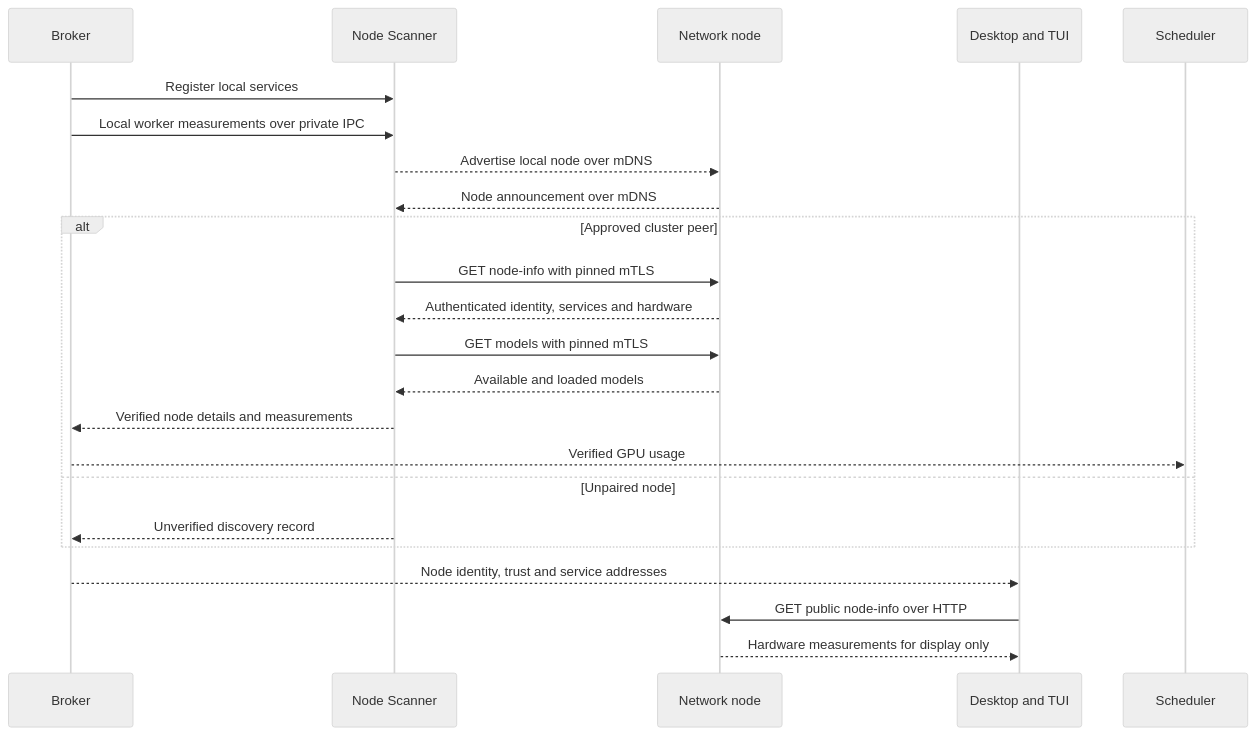
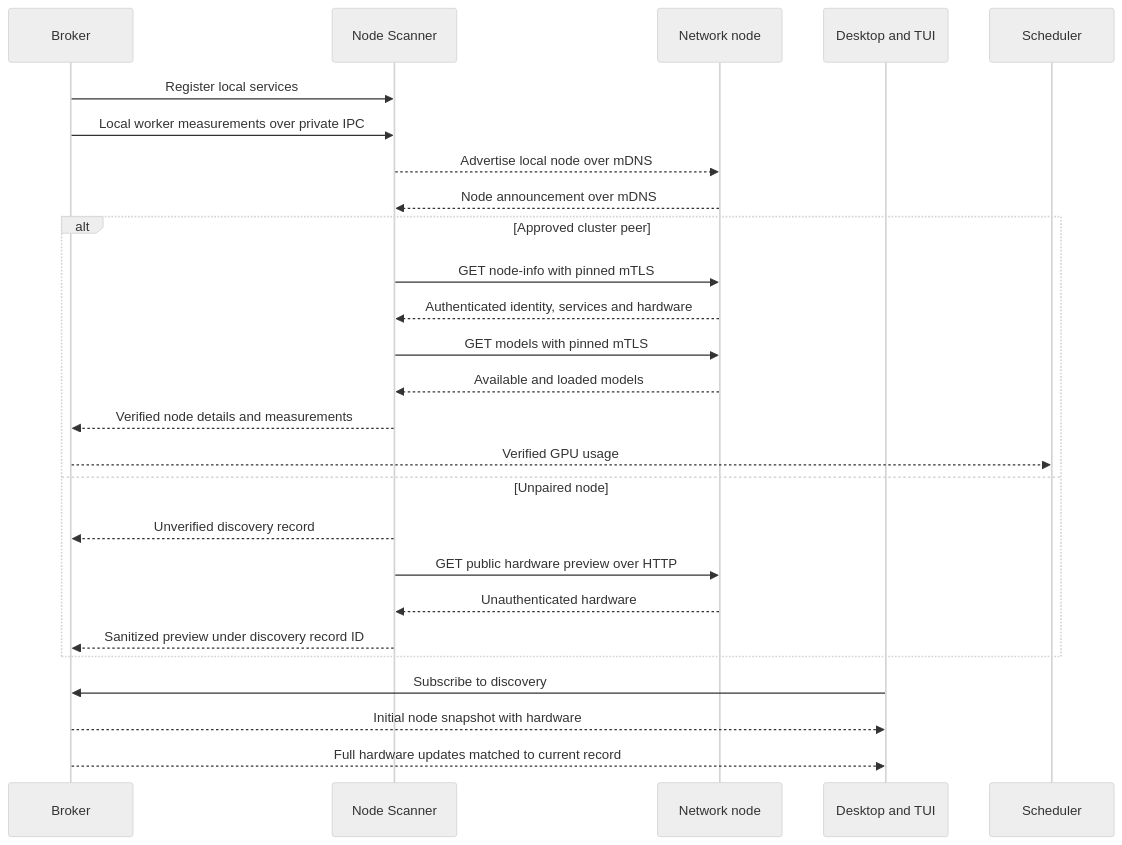
One commit to NVIDIA/Personal-AI-Router changed the diagram in services/nvpair-node-scanner/spec.md. Above: the diagram before and after it, drawn with Mermaid (neutral theme). The commit also changed other lines of this file and 68 other files, not shown here.

````diff
--- a/services/nvpair-node-scanner/spec.md
+++ b/services/nvpair-node-scanner/spec.md
@@ -544,25 +552,28 @@
 ```mermaid
 sequenceDiagram
     participant B as Broker
     participant S as Node Scanner
     participant P as Network node
     participant U as Desktop and TUI
     participant Q as Scheduler
     B->>S: Register local services
     B->>S: Local worker measurements over private IPC
     S-->>P: Advertise local node over mDNS
     P-->>S: Node announcement over mDNS
     alt Approved cluster peer
         S->>P: GET node-info with pinned mTLS
         P-->>S: Authenticated identity, services and hardware
         S->>P: GET models with pinned mTLS
         P-->>S: Available and loaded models
         S-->>B: Verified node details and measurements
         B-->>Q: Verified GPU usage
     else Unpaired node
         S-->>B: Unverified discovery record
+        S->>P: GET public hardware preview over HTTP
+        P-->>S: Unauthenticated hardware
+        S-->>B: Sanitized preview under discovery record ID
     end
-    B-->>U: Node identity, trust and service addresses
-    U->>P: GET public node-info over HTTP
-    P-->>U: Hardware measurements for display only
+    U->>B: Subscribe to discovery
+    B-->>U: Initial node snapshot with hardware
+    B-->>U: Full hardware updates matched to current record
 ```
````
